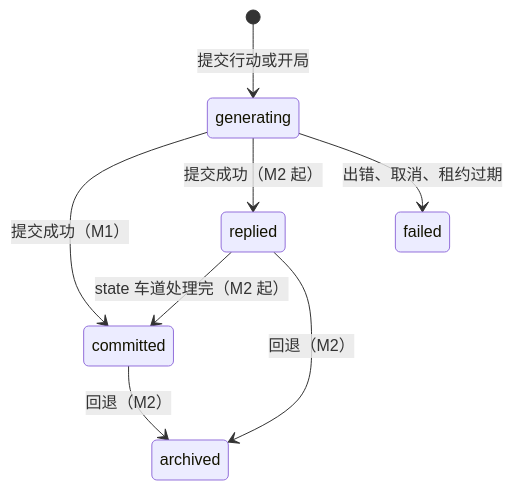
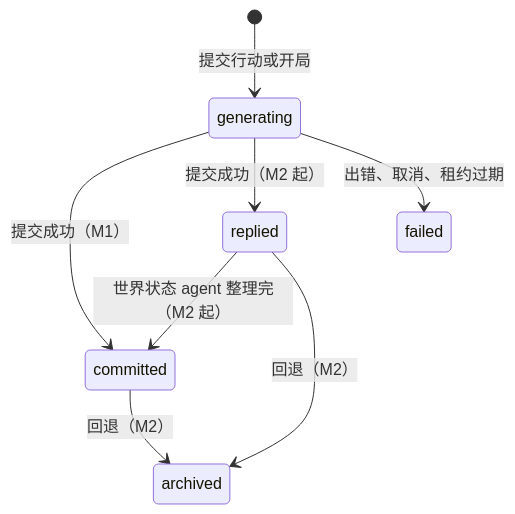
Before and after one commit to Hexthebaldy/BetterTavern: the diagram in docs/data-model/story.md, drawn with Mermaid. The commit also changed other lines of this file and 13 other files, not shown here.

````diff
--- a/docs/data-model/story.md
+++ b/docs/data-model/story.md
@@ -166,10 +166,10 @@
 ```mermaid
 stateDiagram-v2
     [*] --> generating: 提交行动或开局
     generating --> committed: 提交成功（M1）
     generating --> replied: 提交成功（M2 起）
-    replied --> committed: state 车道处理完（M2 起）
+    replied --> committed: 世界状态 agent 整理完（M2 起）
     generating --> failed: 出错、取消、租约过期
     replied --> archived: 回退（M2）
     committed --> archived: 回退（M2）
 ```
````
